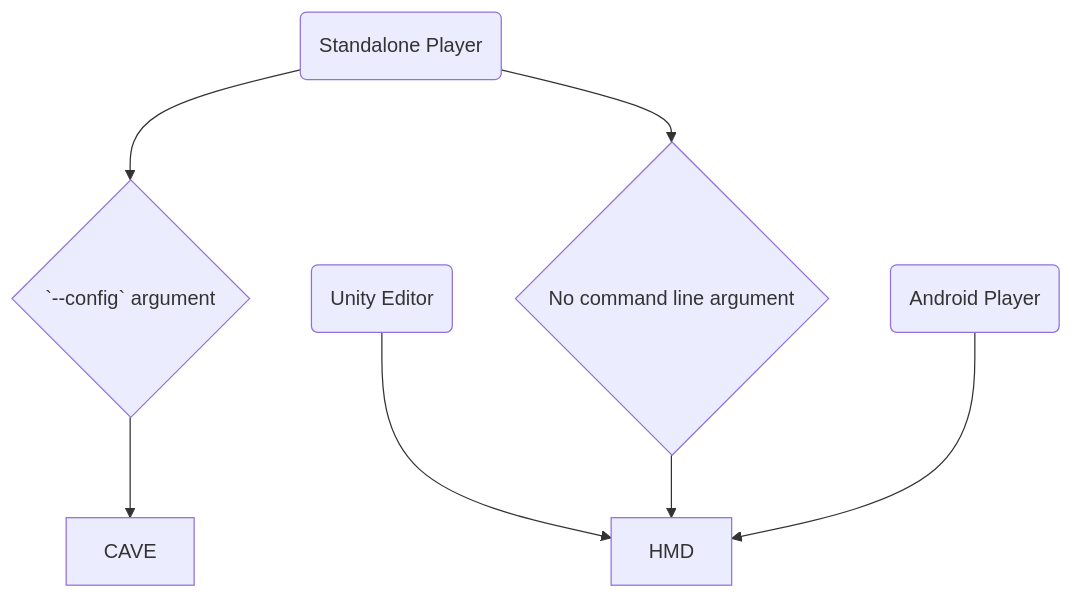
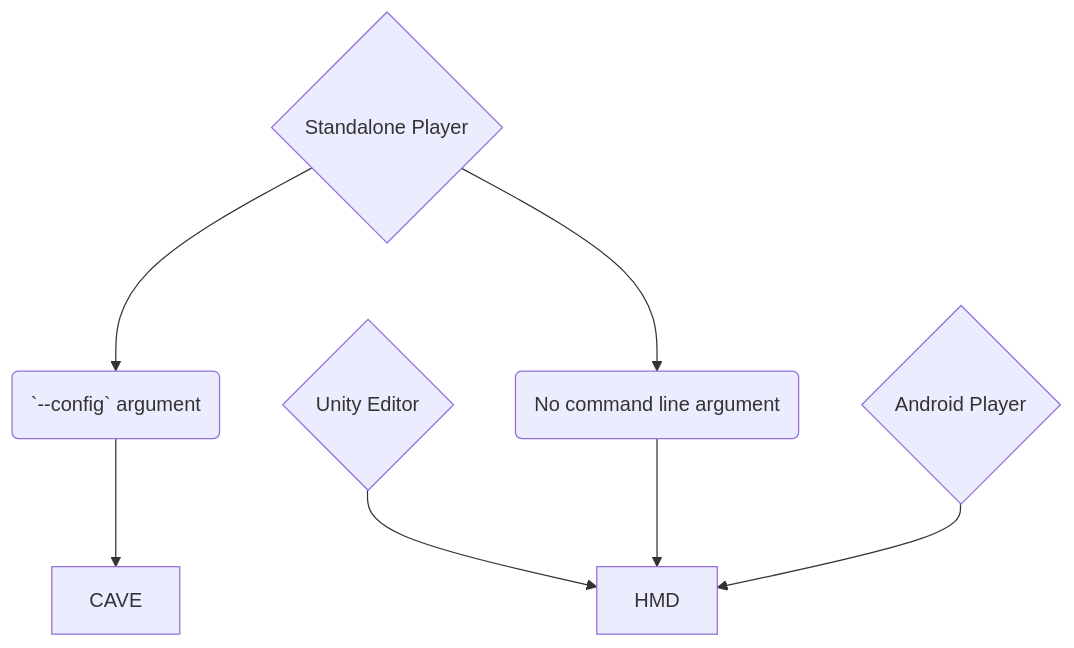
One commit to brown-ccv/w3d-translator changed the diagram in docs/Writing3D.md. Above: the diagram before and after it, drawn with Mermaid.

````diff
--- a/docs/Writing3D.md
+++ b/docs/Writing3D.md
@@ -35,9 +35,9 @@
 ```mermaid
 graph TD;
-    unityEditor(Unity Editor)-->HMD;
-    standalonePlayer(Standalone Player)-->config{`--config` argument};
-    config{`--config` argument}-->CAVE
-    standalonePlayer(Standalone Player)-->noconfig{No command line argument};
-    noconfig{No command line argument}--> HMD;
-    androidPlayer(Android Player)-->HMD;
+    unityEditor{Unity Editor}-->HMD;
+    standalonePlayer{Standalone Player}-->config(`--config` argument);
+    config(`--config` argument)-->CAVE
+    standalonePlayer{Standalone Player}-->noconfig(No command line argument);
+    noconfig(No command line argument)--> HMD;
+    androidPlayer{Android Player}-->HMD;
 ```
````
